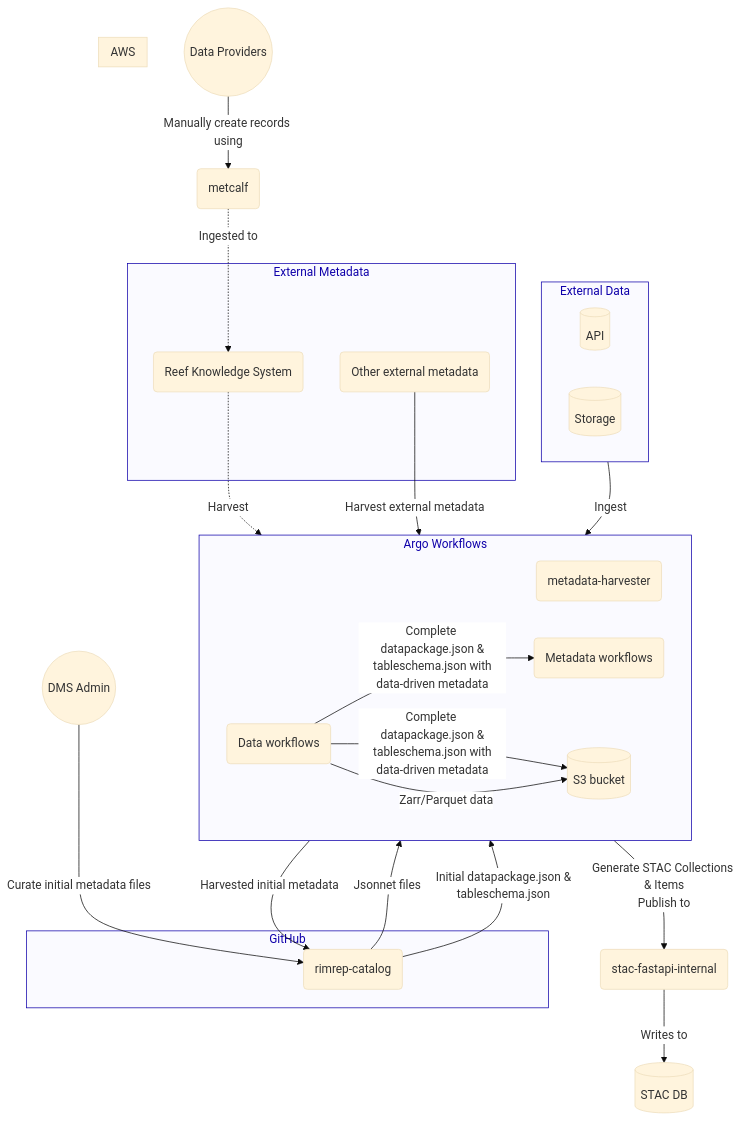
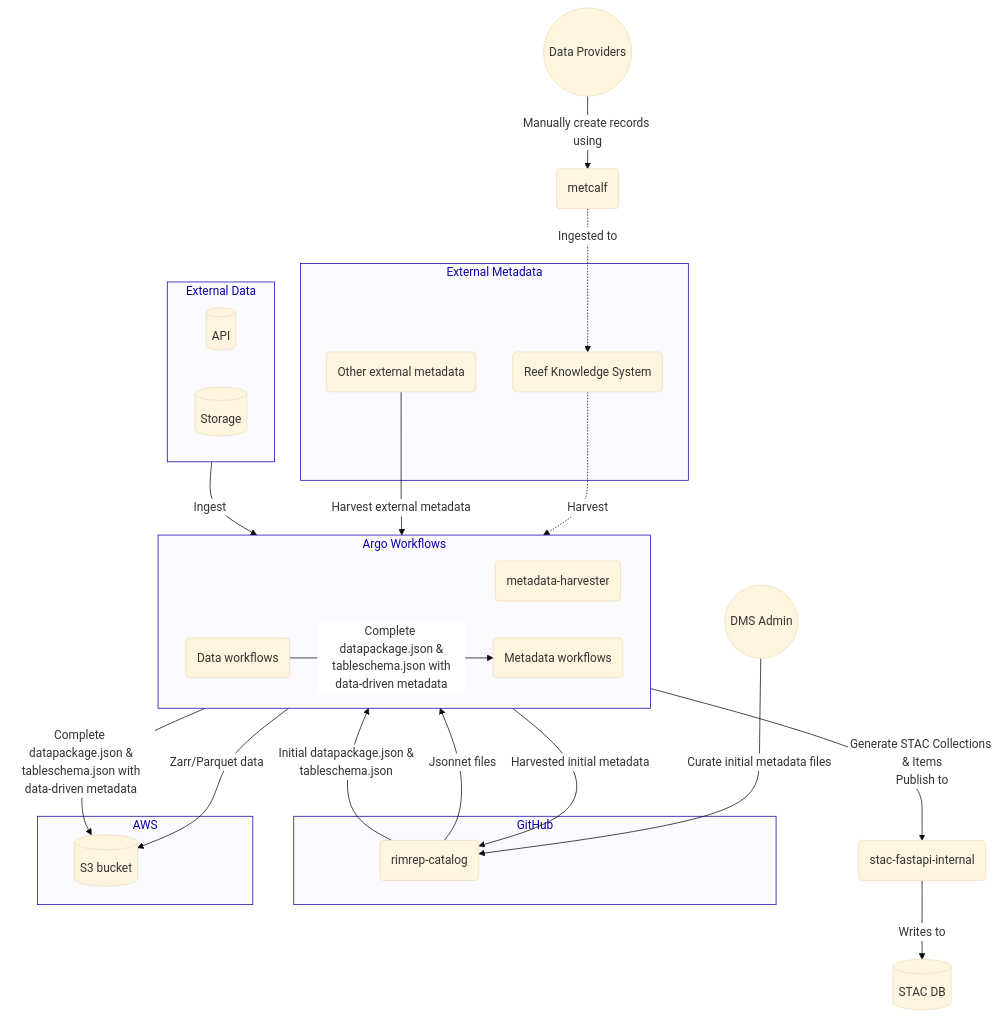
One commit to gbr-dms/rimrep-documentation changed the second of 2 diagrams in docs/architecture/components/metadata-system.md. Above: the diagram before and after it, drawn with Mermaid.

````diff
--- a/docs/architecture/components/metadata-system.md
+++ b/docs/architecture/components/metadata-system.md
@@ -105,63 +105,63 @@
 ```mermaid
 %%{
   init: {
     'theme': 'base',
     'themeVariables': {
       'edgeLabelBackground': '#ffffff',
       'tertiaryTextColor': '#0f00aa',
       'clusterBkg': '#fafaff',
       'clusterBorder': '#0f00aa'
     }
   }
 }%%
 
 flowchart TB
   classDef red fill:#ffcccc,stroke:#ff0000;
 
   subgraph github["GitHub"]
     catalog(rimrep-catalog)
   end
 
   subgraph group_external_metadata["External Metadata"]
     rks(Reef Knowledge System)
     external_metadata(Other external metadata)
   end
 
   subgraph group_external_data["External Data"]
     external_data_api[(API)]
     external_data_storage[(Storage)]
   end
 
   subgraph pipeline["Argo Workflows"]
     direction LR
     metadata_harvester(metadata-harvester)
     metadata_workflow(Metadata workflows)
     data_workflow(Data workflows)
-    data_workflow --> |"Complete datapackage.json &<br>tableschema.json with<br>data-driven metadata"|metadata_workflow & s3
   end
 
   subgraph AWS["AWS"]
     s3[(S3 bucket)]
   end
 
   metadata_providers((Data Providers))
   metcalf(metcalf)
   rimrep_admin((DMS Admin))
   stac_db[(STAC DB)]
   stac_fastapi_internal(stac-fastapi-internal)
 
   group_external_data ~~~ pipeline
 
   metadata_providers -->|Manually create records using| metcalf
   metcalf  -. Ingested to .-> rks
   rks -. Harvest .-> metadata_harvester
   external_metadata --> |Harvest external metadata| metadata_harvester
   metadata_harvester --> |Harvested initial metadata|catalog
   group_external_data -->|Ingest| data_workflow
   rimrep_admin -->|"Curate initial metadata files"| catalog
   catalog --> |Jsonnet files| metadata_workflow
   catalog --> |"Initial datapackage.json &<br> tableschema.json"| data_workflow
   metadata_workflow -->  |"Generate STAC Collections & Items<br>Publish to"|stac_fastapi_internal
   stac_fastapi_internal --> |Writes to| stac_db
   data_workflow --> |"Zarr/Parquet data"|s3
+  data_workflow --> |"Complete datapackage.json &<br>tableschema.json with<br>data-driven metadata"|metadata_workflow & s3
 ```
````
